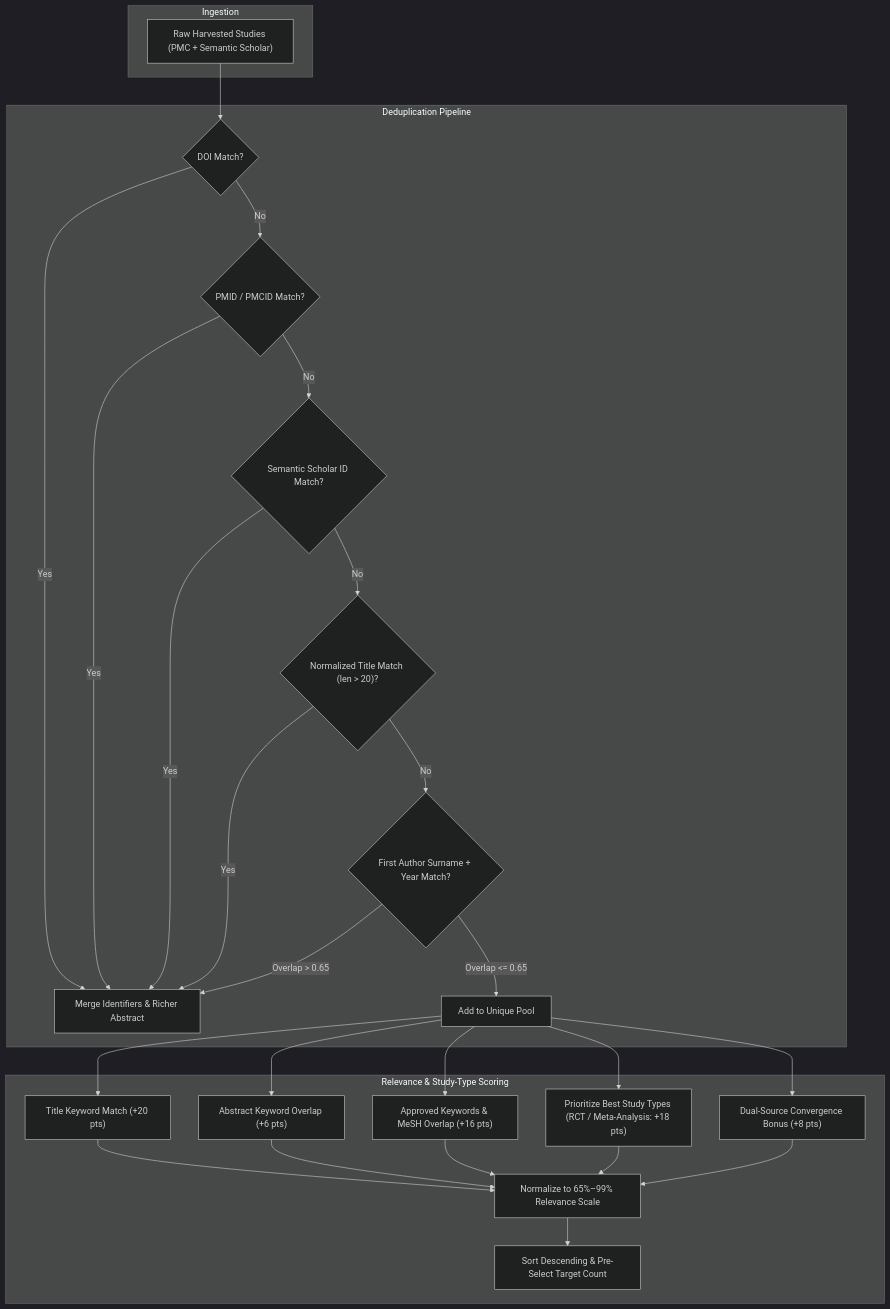
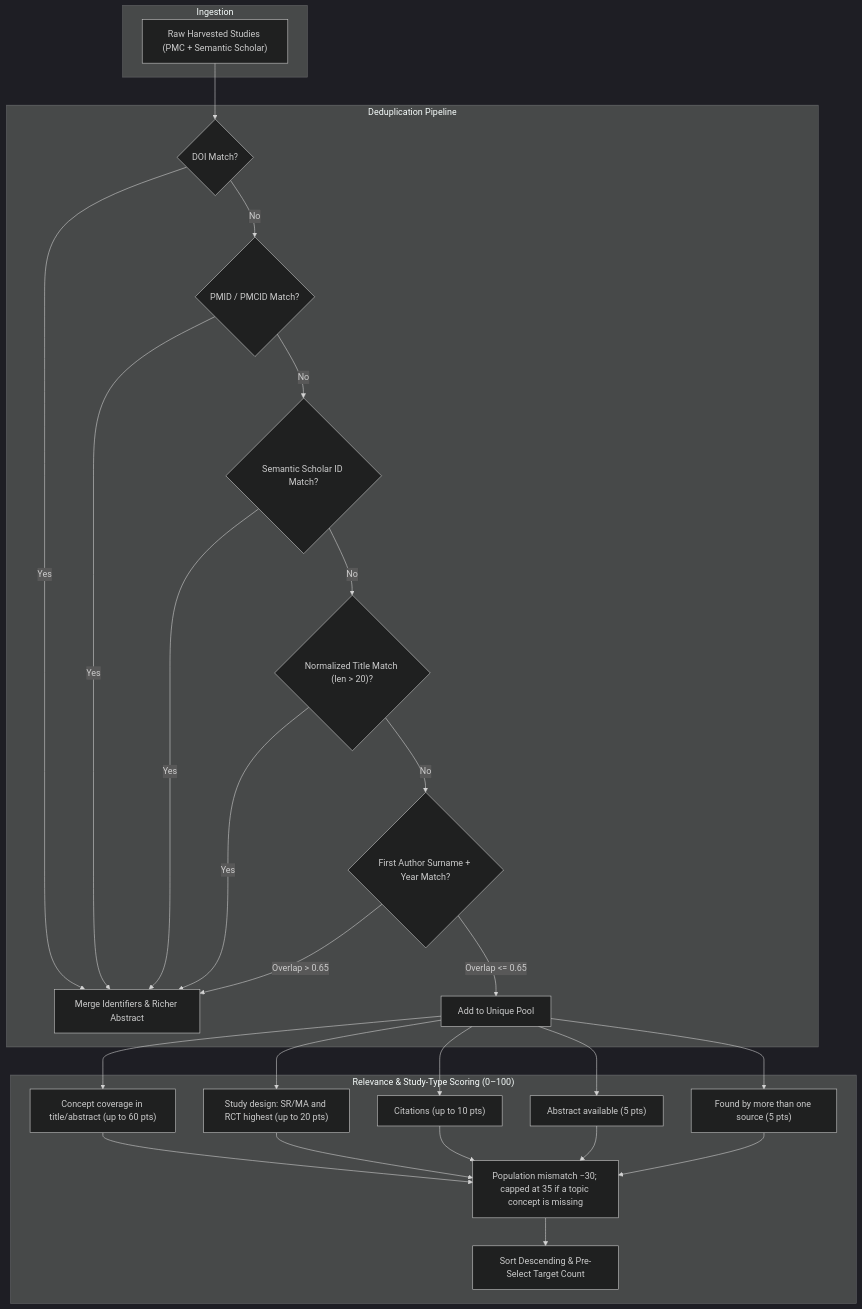
The third of 4 diagrams in README.md (roroleaks/Preppt), drawn with Mermaid (dark theme) before and after one commit. The commit also changed other lines of this file and 3 other files, not shown here.

````diff
--- a/README.md
+++ b/README.md
@@ -144,30 +150,30 @@
 ```mermaid
 flowchart TD
   subgraph Ingestion
     R["Raw Harvested Studies (PMC + Semantic Scholar)"]
   end
 
   subgraph Deduplication ["Deduplication Pipeline"]
     R --> D1{"DOI Match?"}
     D1 -- Yes --> Merge1["Merge Identifiers & Richer Abstract"]
     D1 -- No --> D2{"PMID / PMCID Match?"}
     D2 -- Yes --> Merge1
     D2 -- No --> D3{"Semantic Scholar ID Match?"}
     D3 -- Yes --> Merge1
     D3 -- No --> D4{"Normalized Title Match (len > 20)?"}
     D4 -- Yes --> Merge1
     D4 -- No --> D5{"First Author Surname + Year Match?"}
     D5 -- Overlap > 0.65 --> Merge1
     D5 -- Overlap <= 0.65 --> Unique["Add to Unique Pool"]
   end
 
-  subgraph Ranking ["Relevance & Study-Type Scoring"]
-    Unique --> SC1["Title Keyword Match (+20 pts)"]
-    Unique --> SC2["Abstract Keyword Overlap (+6 pts)"]
-    Unique --> SC3["Approved Keywords & MeSH Overlap (+16 pts)"]
-    Unique --> SC4["Prioritize Best Study Types (RCT / Meta-Analysis: +18 pts)"]
-    Unique --> SC5["Dual-Source Convergence Bonus (+8 pts)"]
-    SC1 & SC2 & SC3 & SC4 & SC5 --> NormScore["Normalize to 65%–99% Relevance Scale"]
-    NormScore --> Sort["Sort Descending & Pre-Select Target Count"]
+  subgraph Ranking ["Relevance & Study-Type Scoring (0–100)"]
+    Unique --> SC1["Concept coverage in title/abstract (up to 60 pts)"]
+    Unique --> SC2["Study design: SR/MA and RCT highest (up to 20 pts)"]
+    Unique --> SC3["Citations (up to 10 pts)"]
+    Unique --> SC4["Abstract available (5 pts)"]
+    Unique --> SC5["Found by more than one source (5 pts)"]
+    SC1 & SC2 & SC3 & SC4 & SC5 --> Adjust["Population mismatch −30; capped at 35 if a topic concept is missing"]
+    Adjust --> Sort["Sort Descending & Pre-Select Target Count"]
   end
 ```
````
